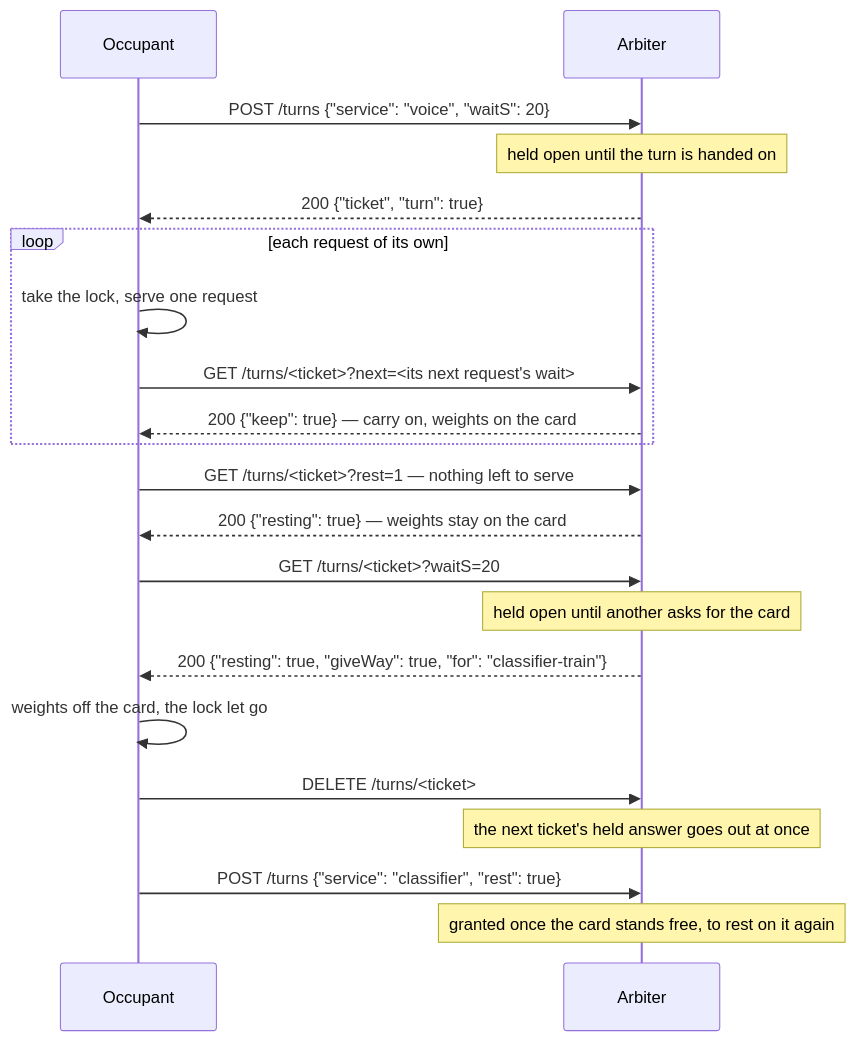
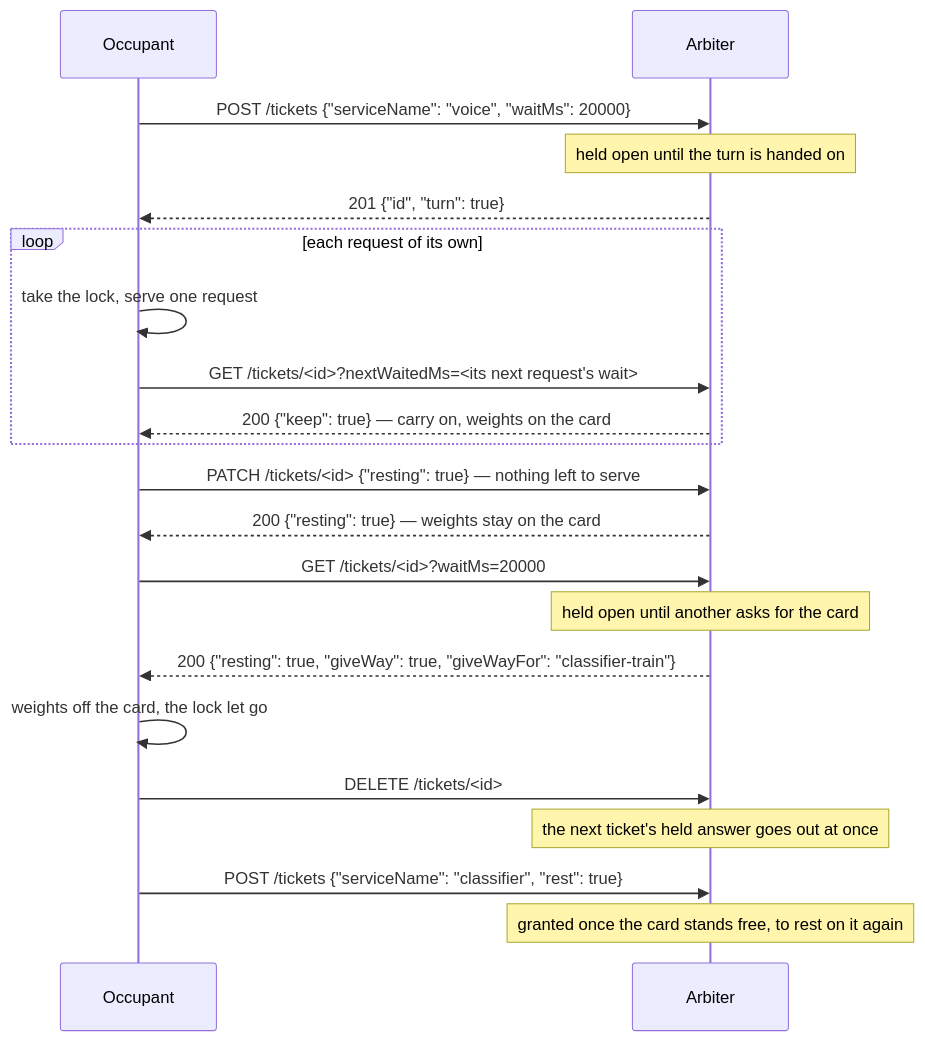
The diagram in docs/node-arbiter.md (ahas/bmo-arbiter), drawn with Mermaid before and after one commit. The commit also changed other lines of this file and 67 other files, not shown here.

````diff
--- a/docs/node-arbiter.md
+++ b/docs/node-arbiter.md
@@ -247,23 +247,23 @@
 ```mermaid
 sequenceDiagram
   participant O as Occupant
   participant A as Arbiter
-  O->>A: POST /turns {"service": "voice", "waitS": 20}
+  O->>A: POST /tickets {"serviceName": "voice", "waitMs": 20000}
   Note over A: held open until the turn is handed on
-  A-->>O: 200 {"ticket", "turn": true}
+  A-->>O: 201 {"id", "turn": true}
   loop each request of its own
     O->>O: take the lock, serve one request
-    O->>A: GET /turns/<ticket>?next=<its next request's wait>
+    O->>A: GET /tickets/<id>?nextWaitedMs=<its next request's wait>
     A-->>O: 200 {"keep": true} — carry on, weights on the card
   end
-  O->>A: GET /turns/<ticket>?rest=1 — nothing left to serve
+  O->>A: PATCH /tickets/<id> {"resting": true} — nothing left to serve
   A-->>O: 200 {"resting": true} — weights stay on the card
-  O->>A: GET /turns/<ticket>?waitS=20
+  O->>A: GET /tickets/<id>?waitMs=20000
   Note over A: held open until another asks for the card
-  A-->>O: 200 {"resting": true, "giveWay": true, "for": "classifier-train"}
+  A-->>O: 200 {"resting": true, "giveWay": true, "giveWayFor": "classifier-train"}
   O->>O: weights off the card, the lock let go
-  O->>A: DELETE /turns/<ticket>
+  O->>A: DELETE /tickets/<id>
   Note over A: the next ticket's held answer goes out at once
-  O->>A: POST /turns {"service": "classifier", "rest": true}
+  O->>A: POST /tickets {"serviceName": "classifier", "rest": true}
   Note over A: granted once the card stands free, to rest on it again
 ```
````
